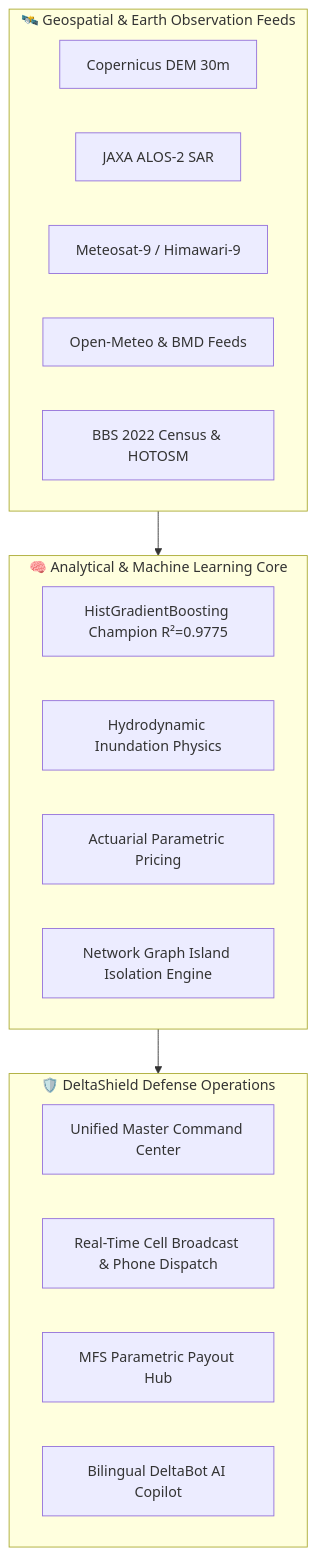
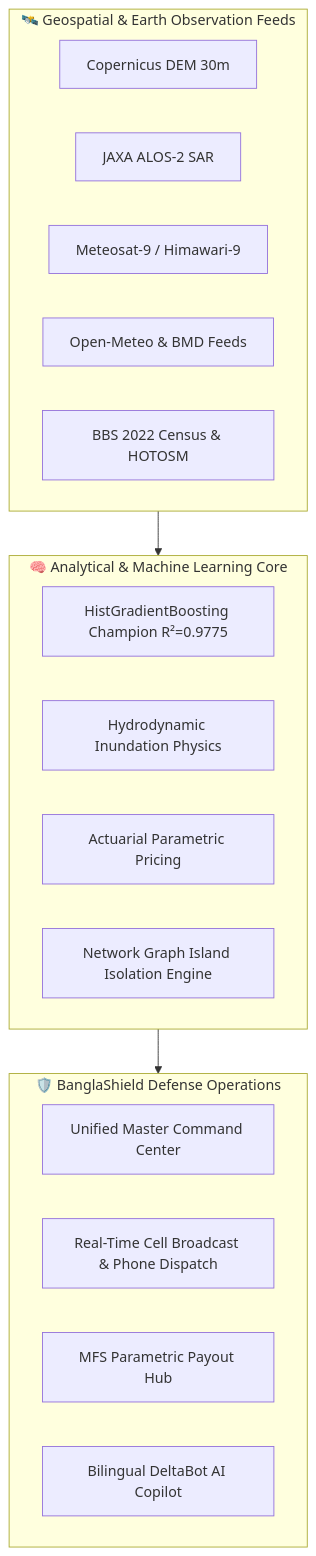
Before and after one commit to ReaduanulFaridFahim/climate-risk-urban-flood-intelligence: the diagram in README.md, drawn with Mermaid. The commit also changed other lines of this file and 5 other files, not shown here.

Commit message:
chore(branding): rebrand platform identity from DeltaShield to BanglaShield™

````diff
--- a/README.md
+++ b/README.md
@@ -63,27 +63,27 @@
 ```mermaid
 flowchart TD
     subgraph DataSources["🛰️ Geospatial & Earth Observation Feeds"]
         A1[Copernicus DEM 30m]
         A2[JAXA ALOS-2 SAR]
         A3[Meteosat-9 / Himawari-9]
         A4[Open-Meteo & BMD Feeds]
         A5[BBS 2022 Census & HOTOSM]
     end
 
     subgraph Analytics["🧠 Analytical & Machine Learning Core"]
         B1[HistGradientBoosting Champion R²=0.9775]
         B2[Hydrodynamic Inundation Physics]
         B3[Actuarial Parametric Pricing]
         B4[Network Graph Island Isolation Engine]
     end
 
-    subgraph Operations["🛡️ DeltaShield Defense Operations"]
+    subgraph Operations["🛡️ BanglaShield Defense Operations"]
         C1[Unified Master Command Center]
         C2[Real-Time Cell Broadcast & Phone Dispatch]
         C3[MFS Parametric Payout Hub]
         C4[Bilingual DeltaBot AI Copilot]
     end
 
     DataSources --> Analytics
     Analytics --> Operations
 ```
````
